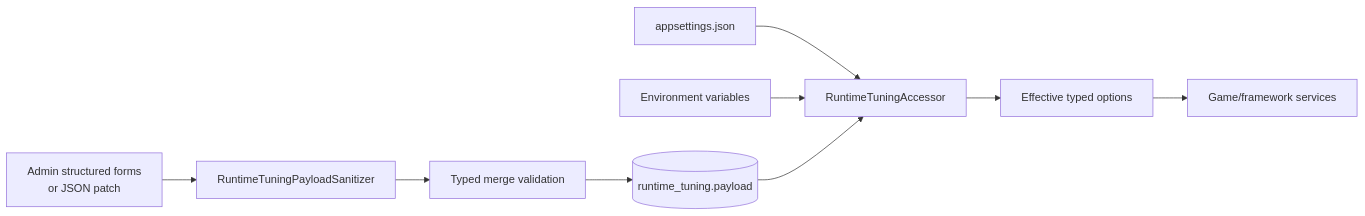
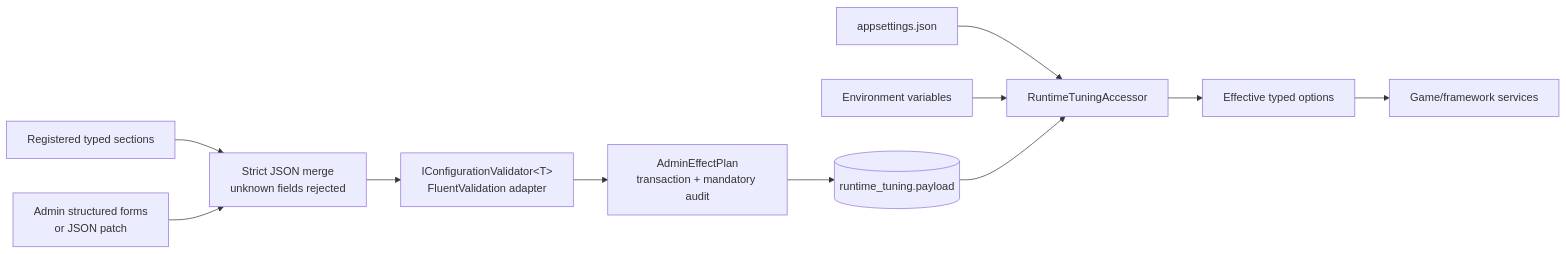
Diagram 21 of 26 in docs/arch.md (cpp20120/GameShiz), drawn with Mermaid before and after one commit. The commit also changed other lines of this file and 87 other files, not shown here.

Commit message:
impmenetend admin, redenring and admin validation effects systems

````diff
--- a/docs/arch.md
+++ b/docs/arch.md
@@ -765,21 +836,25 @@
 ```mermaid
 flowchart LR
     file["appsettings.json"]
     env["Environment variables"]
     admin["Admin structured forms<br/>or JSON patch"]
-    sanitizer["RuntimeTuningPayloadSanitizer"]
-    validation["Typed merge validation"]
+    registry["Registered typed sections"]
+    strict["Strict JSON merge<br/>unknown fields rejected"]
+    validation["IConfigurationValidator&lt;T&gt;<br/>FluentValidation adapter"]
+    adminEffects["AdminEffectPlan<br/>transaction + mandatory audit"]
     table[("runtime_tuning.payload")]
     accessor["RuntimeTuningAccessor"]
     effective["Effective typed options"]
     games["Game/framework services"]
 
     file --> accessor
     env --> accessor
-    admin --> sanitizer
-    sanitizer --> validation
-    validation --> table
+    registry --> strict
+    admin --> strict
+    strict --> validation
+    validation --> adminEffects
+    adminEffects --> table
     table --> accessor
     accessor --> effective
     effective --> games
 ```
````
